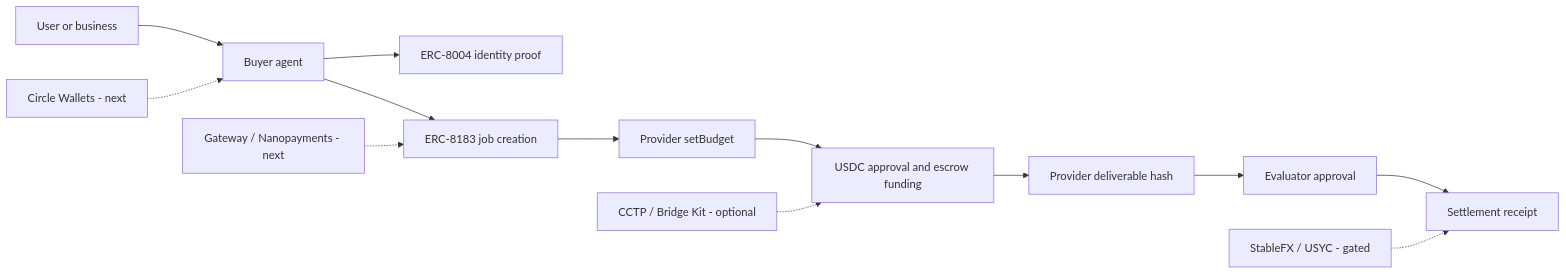
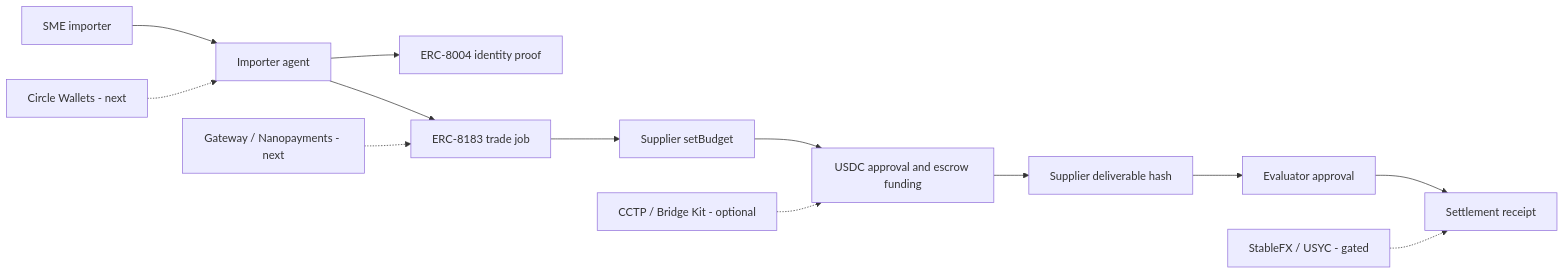
The diagram in README.md (a941249849/arc-agentic-settlement-lab), drawn with Mermaid before and after one commit. The commit also changed other lines of this file and 21 other files, not shown here.

Commit message:
feat: reposition as trade agent settlement product

````diff
--- a/README.md
+++ b/README.md
@@ -62,16 +63,16 @@
 ```mermaid
 flowchart LR
-  U[User or business] --> BA[Buyer agent]
+  U[SME importer] --> BA[Importer agent]
   BA --> ID[ERC-8004 identity proof]
-  BA --> JOB[ERC-8183 job creation]
-  JOB --> BUDGET[Provider setBudget]
+  BA --> JOB[ERC-8183 trade job]
+  JOB --> BUDGET[Supplier setBudget]
   BUDGET --> ESCROW[USDC approval and escrow funding]
-  ESCROW --> WORK[Provider deliverable hash]
+  ESCROW --> WORK[Supplier deliverable hash]
   WORK --> EVAL[Evaluator approval]
   EVAL --> RECEIPT[Settlement receipt]
 
   CW[Circle Wallets - next] -.-> BA
   GW[Gateway / Nanopayments - next] -.-> JOB
   CCTP[CCTP / Bridge Kit - optional] -.-> ESCROW
   FX[StableFX / USYC - gated] -.-> RECEIPT
 ```
````
